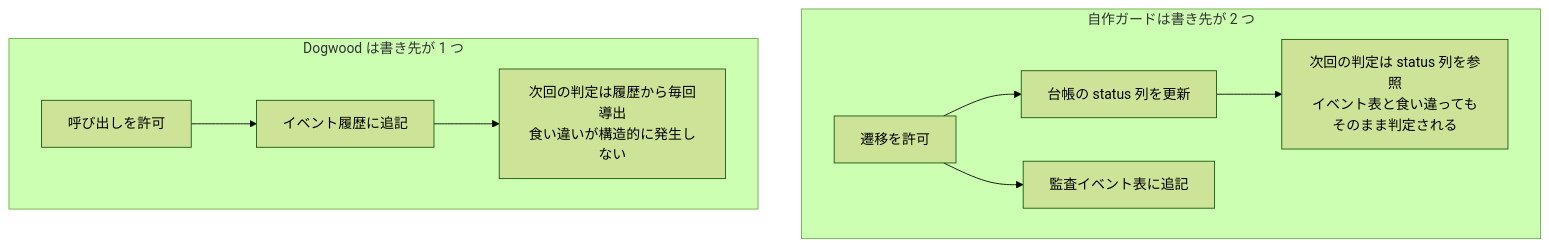
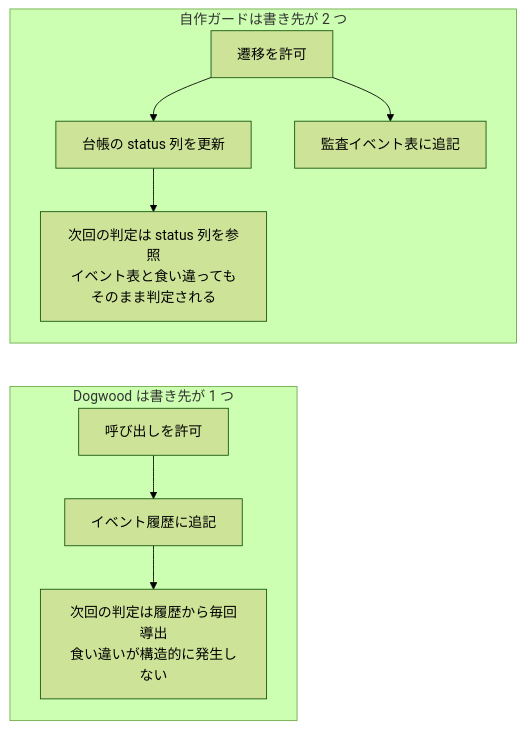
The seventh of 7 diagrams in articles/030-dogwood-temporal-policy-vs-n8n-guard.md (shinichitazawa/zenn-articles), drawn with Mermaid (forest theme) before and after one commit. The commit also changed other lines of this file and 6 other files, not shown here.

````diff
--- a/articles/030-dogwood-temporal-policy-vs-n8n-guard.md
+++ b/articles/030-dogwood-temporal-policy-vs-n8n-guard.md
@@ -275,12 +278,13 @@
 ```mermaid
 flowchart TB
   subgraph a[自作ガードは書き先が 2 つ]
     T1[遷移を許可] --> S1[台帳の status 列を更新]
     T1 --> V1[監査イベント表に追記]
     S1 --> K1[次回の判定は status 列を参照<br/>イベント表と食い違ってもそのまま判定される]
   end
   subgraph b[Dogwood は書き先が 1 つ]
     T2[呼び出しを許可] --> V2[イベント履歴に追記]
     V2 --> K2[次回の判定は履歴から毎回導出<br/>食い違いが構造的に発生しない]
   end
+  K1 ~~~ T2
 ```
````
